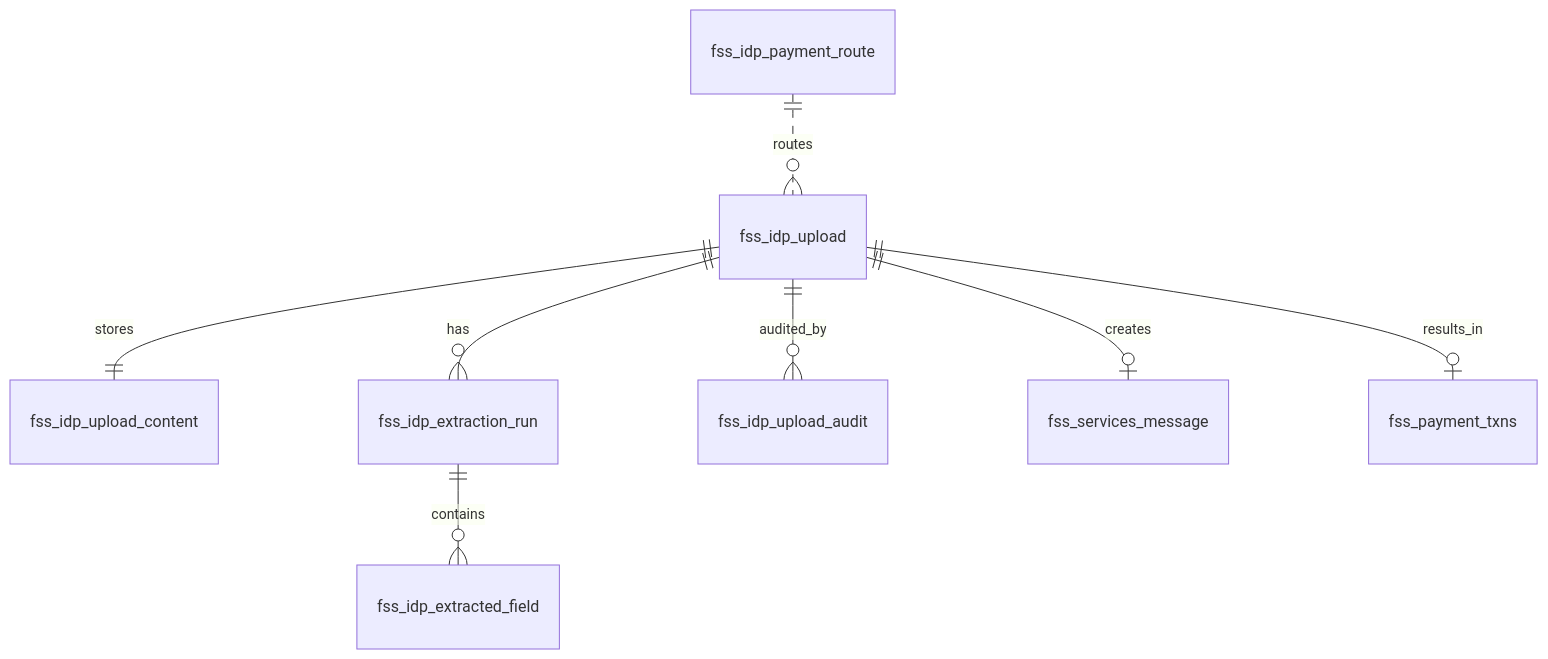
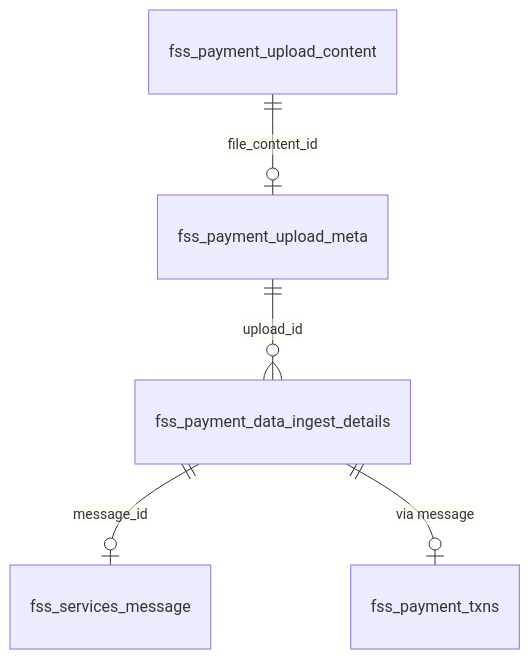
One commit to suresh0731/payment changed the sixth of 6 diagrams in final/IDP_LLD.md. Above: the diagram before and after it, drawn with Mermaid. The commit also changed other lines of this file and 6 other files, not shown here.

````diff
--- a/final/IDP_LLD.md
+++ b/final/IDP_LLD.md
@@ -481,10 +397,7 @@
 ```mermaid
 erDiagram
-    fss_idp_upload ||--|| fss_idp_upload_content : stores
-    fss_idp_upload ||--o{ fss_idp_extraction_run : has
-    fss_idp_extraction_run ||--o{ fss_idp_extracted_field : contains
-    fss_idp_upload ||--o{ fss_idp_upload_audit : audited_by
-    fss_idp_upload ||--o| fss_services_message : creates
-    fss_idp_upload ||--o| fss_payment_txns : results_in
-    fss_idp_payment_route ||..o{ fss_idp_upload : routes
+    fss_payment_upload_content ||--o| fss_payment_upload_meta : "file_content_id"
+    fss_payment_upload_meta ||--o{ fss_payment_data_ingest_details : "upload_id"
+    fss_payment_data_ingest_details ||--o| fss_services_message : "message_id"
+    fss_payment_data_ingest_details ||--o| fss_payment_txns : "via message"
 ```
````
